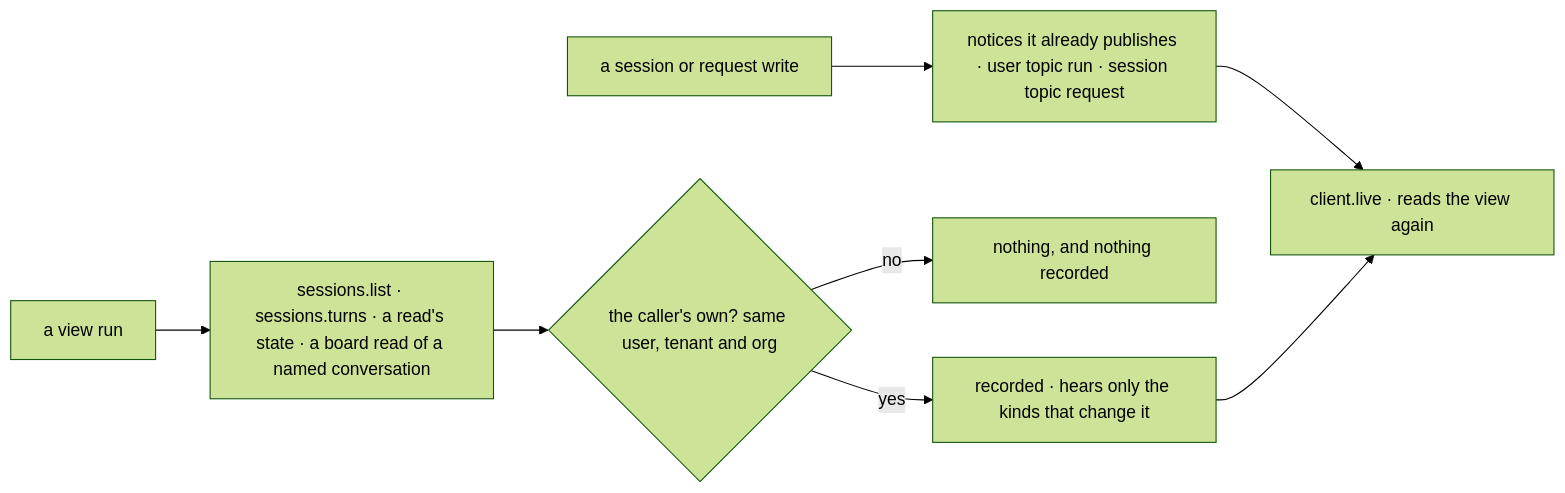
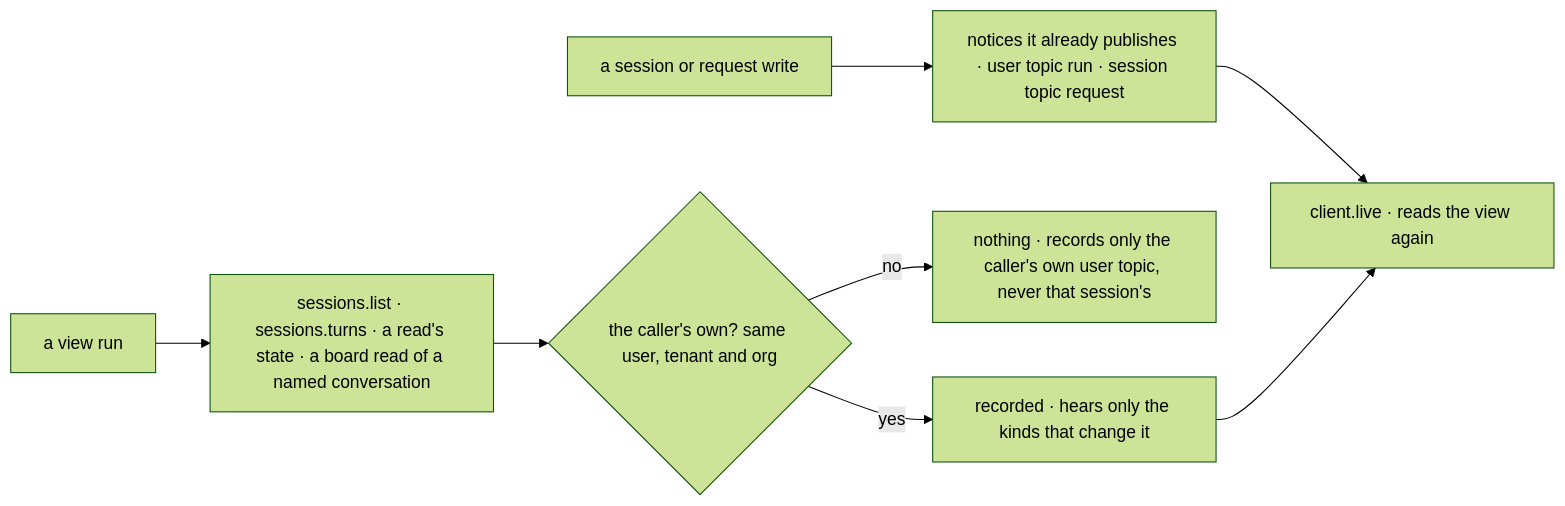
Before and after one commit to fixpoint-labs/flow-state-dev: the second of 2 diagrams in specs/issues/FIX-2725/SPEC.md, drawn with Mermaid (forest theme). The commit also changed other lines of this file, not shown here.

Commit message:
spec(FIX-2725): SPEC's flowchart and c:own-only match the unanswered-read amendment
Claude-Session: https://claude.ai/code/session_01NczDiGfuuX5mPxVeUwVXfa

````diff
--- a/specs/issues/FIX-2725/SPEC.md
+++ b/specs/issues/FIX-2725/SPEC.md
@@ -89,10 +89,10 @@
 ```mermaid
 flowchart LR
   W["a session or request write"] --> N["notices it already publishes · user topic run · session topic request"]
   V["a view run"] --> R["sessions.list · sessions.turns · a read's state · a board read of a named conversation"]
   R --> O{"the caller's own? same user, tenant and org"}
-  O -->|"no"| U["nothing, and nothing recorded"]
+  O -->|"no"| U["nothing · records only the caller's own user topic, never that session's"]
   O -->|"yes"| H["recorded · hears only the kinds that change it"]
   N --> L["client.live · reads the view again"]
   H --> L
 ```
````
